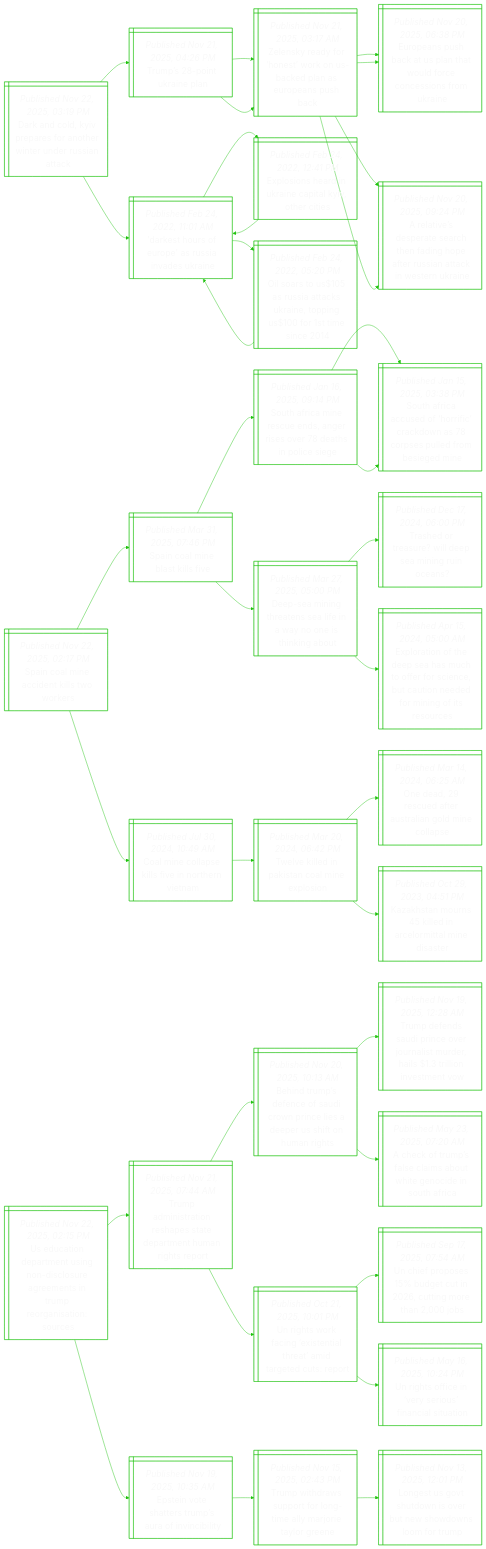
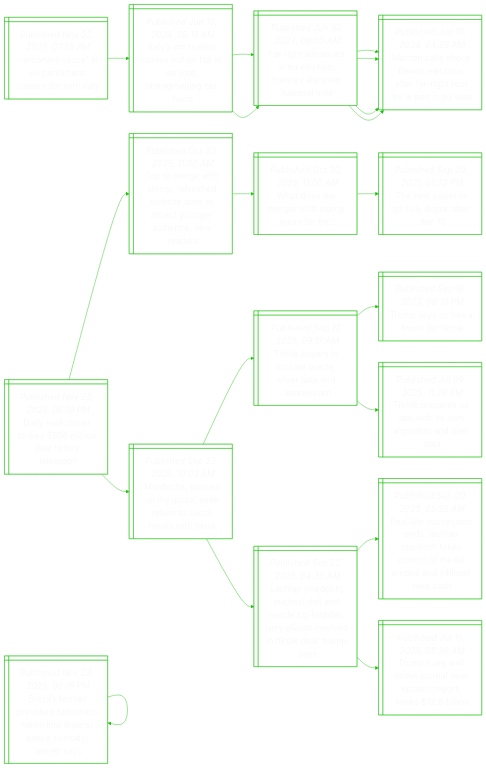
Before and after one commit to notJmes/notJmes: the diagram in README.md, drawn with Mermaid. The commit also changed other lines of this file, not shown here.

````diff
--- a/README.md
+++ b/README.md
@@ -16,115 +16,76 @@
 flowchart LR
 classDef txtsize font-size:20px;
 
-Dndprrhnnunc@{ shape: win-pane, label: "_Published Nov 22, 2025, 03:19 PM_
-Dark and cold, kyiv prepares for another winter under russian attack" }
-Tstia@{ shape: win-pane, label: "_Published Nov 21, 2025, 04:26 PM_
-Trump’s 28-point ukraine plan" }
-Zsarskbdaosb@{ shape: win-pane, label: "_Published Nov 21, 2025, 03:17 AM_
-Zelensky ready for ‘honest’ work on us-backed plan as europeans push back" }
-EeucStooosfke@{ shape: win-pane, label: "_Published Nov 20, 2025, 06:38 PM_
-Europeans push back at us plan that would force concessions from ukraine" }
-Atdretahfunceni@{ shape: win-pane, label: "_Published Nov 20, 2025, 09:24 PM_
-A relative’s desperate search then fading hope after russian attack in western ukraine" }
-Zsarskbdaosb@{ shape: win-pane, label: "_Published Nov 21, 2025, 03:17 AM_
-Zelensky ready for ‘honest’ work on us-backed plan as europeans push back" }
-EeucStooosfke@{ shape: win-pane, label: "_Published Nov 20, 2025, 06:38 PM_
-Europeans push back at us plan that would force concessions from ukraine" }
-Atdretahfunceni@{ shape: win-pane, label: "_Published Nov 20, 2025, 09:24 PM_
-A relative’s desperate search then fading hope after russian attack in western ukraine" }
-DsruasvUn@{ shape: win-pane, label: "_Published Feb 24, 2022, 11:01 AM_
-'darkest hours of europe' as russia invades ukraine" }
-Eshiaalocs@{ shape: win-pane, label: "_Published Feb 24, 2022, 12:41 PM_
-Explosions heard in ukraine capital kyiv, other cities" }
-DsruasvUn@{ shape: win-pane, label: "_Published Feb 24, 2022, 11:01 AM_
-'darkest hours of europe' as russia invades ukraine" }
-OaUuakaogrmc@{ shape: win-pane, label: "_Published Feb 24, 2022, 05:20 PM_
-Oil soars to us$105 as russia attacks ukraine, topping us$100 for 1st time since 2014" }
-DsruasvUn@{ shape: win-pane, label: "_Published Feb 24, 2022, 11:01 AM_
-'darkest hours of europe' as russia invades ukraine" }
+Cnatreuttl@{ shape: win-pane, label: "_Published Nov 22, 2025, 07:55 PM_
+‘carbonara sauce’ at eu parliament causes stir with italy" }
+IslouoUsgir@{ shape: win-pane, label: "_Published Jun 10, 2024, 05:18 AM_
+Italy’s pm meloni comes out on top in eu vote, strengthening her hand" }
+Fgvseiaantl@{ shape: win-pane, label: "_Published Jun 10, 2024, 08:00 AM_
+Far right advances in eu election, france calls snap national vote" }
+MnskccsrioLio@{ shape: win-pane, label: "_Published Jun 10, 2024, 04:23 AM_
+Macron calls shock french elections after far-right rout by le pen in eu vote" }
+MnskccsrioLio@{ shape: win-pane, label: "_Published Jun 10, 2024, 04:23 AM_
+Macron calls shock french elections after far-right rout by le pen in eu vote" }
+Fgvseiaantl@{ shape: win-pane, label: "_Published Jun 10, 2024, 08:00 AM_
+Far right advances in eu election, france calls snap national vote" }
+MnskccsrioLio@{ shape: win-pane, label: "_Published Jun 10, 2024, 04:23 AM_
+Macron calls shock french elections after far-right rout by le pen in eu vote" }
+MnskccsrioLio@{ shape: win-pane, label: "_Published Jun 10, 2024, 04:23 AM_
+Macron calls shock french elections after far-right rout by le pen in eu vote" }
 
-Dndprrhnnunc:::txtsize --> Tstia:::txtsize
-Tstia:::txtsize --> Zsarskbdaosb:::txtsize
-Zsarskbdaosb:::txtsize --> EeucStooosfke:::txtsize
-Zsarskbdaosb:::txtsize --> Atdretahfunceni:::txtsize
-Tstia:::txtsize --> Zsarskbdaosb:::txtsize
-Zsarskbdaosb:::txtsize --> EeucStooosfke:::txtsize
-Zsarskbdaosb:::txtsize --> Atdretahfunceni:::txtsize
-Dndprrhnnunc:::txtsize --> DsruasvUn:::txtsize
-DsruasvUn:::txtsize --> Eshiaalocs:::txtsize
-Eshiaalocs:::txtsize --> DsruasvUn:::txtsize
-DsruasvUn:::txtsize --> OaUuakaogrmc:::txtsize
-OaUuakaogrmc:::txtsize --> DsruasvUn:::txtsize
+Cnatreuttl:::txtsize --> IslouoUsgir:::txtsize
+IslouoUsgir:::txtsize --> Fgvseiaantl:::txtsize
+Fgvseiaantl:::txtsize --> MnskccsrioLio:::txtsize
+Fgvseiaantl:::txtsize --> MnskccsrioLio:::txtsize
+IslouoUsgir:::txtsize --> Fgvseiaantl:::txtsize
+Fgvseiaantl:::txtsize --> MnskccsrioLio:::txtsize
+Fgvseiaantl:::txtsize --> MnskccsrioLio:::txtsize
 
-Scictsos@{ shape: win-pane, label: "_Published Nov 22, 2025, 02:17 PM_
-Spain coal mine accident kills two workers" }
-Scialv@{ shape: win-pane, label: "_Published Mar 31, 2025, 07:46 PM_
-Spain coal mine blast kills five" }
-SAarearoeiie@{ shape: win-pane, label: "_Published Jan 16, 2025, 09:14 PM_
-South africa mine rescue ends, anger rises over 78 deaths in police siege" }
-SAashfawosemei@{ shape: win-pane, label: "_Published Jan 15, 2025, 03:38 PM_
-South africa accused of ‘horrific’ crackdown as 78 corpses pulled from besieged mine" }
-SAashfawosemei@{ shape: win-pane, label: "_Published Jan 15, 2025, 03:38 PM_
-South africa accused of ‘horrific’ crackdown as 78 corpses pulled from besieged mine" }
-Deirnlnnina@{ shape: win-pane, label: "_Published Mar 27, 2025, 05:00 PM_
-Deep-sea mining threatens sea life in a way no one is thinking about" }
-Terrlsnue@{ shape: win-pane, label: "_Published Dec 17, 2024, 06:00 PM_
-Trashed or treasure? will deep sea mining ruin oceans?" }
-Ernesstesccodrntos@{ shape: win-pane, label: "_Published Apr 15, 2024, 05:00 AM_
-Exploration of the deep sea has much to offer for science, but caution needed for mining of its resources" }
-CilesitVa@{ shape: win-pane, label: "_Published Jul 30, 2024, 10:49 AM_
-Coal mine collapse kills five in northern vietnam" }
-Teeaales@{ shape: win-pane, label: "_Published Mar 20, 2024, 06:42 PM_
-Twelve killed in pakistan coal mine explosion" }
-Oacfulonl@{ shape: win-pane, label: "_Published Mar 14, 2024, 06:25 AM_
-One dead, 29 rescued after australian gold mine collapse" }
-Khmserraes@{ shape: win-pane, label: "_Published Oct 29, 2023, 04:51 PM_
-Kazakhstan mourns 45 killed in arcelormittal mine disaster" }
+DMwtsiaueh@{ shape: win-pane, label: "_Published Nov 22, 2025, 06:19 PM_
+Daily mail owner strikes $856 million deal to buy telegraph" }
+Tmwtehbaoauanwe@{ shape: win-pane, label: "_Published Oct 30, 2025, 11:00 AM_
+Tnp to merge with stomp; refreshed website aims to attract younger audience, new readers" }
+WoeehpfP@{ shape: win-pane, label: "_Published Oct 30, 2025, 11:00 AM_
+What does the merger with stomp mean for tnp?" }
+Twrfdae@{ shape: win-pane, label: "_Published Sep 20, 2021, 01:32 PM_
+The new paper to go fully digital after dec 10" }
+McrnaeuslaTk@{ shape: win-pane, label: "_Published Sep 23, 2025, 10:03 AM_
+Murdochs, burned on myspace, seek return to social media with tiktok" }
+TkrnelvkAe@{ shape: win-pane, label: "_Published Sep 17, 2025, 09:17 AM_
+Tiktok buyers to include oracle, silver lake and andreessen" }
+TsSbfk@{ shape: win-pane, label: "_Published Sep 16, 2025, 08:10 PM_
+Trump says us has a buyer for tiktok" }
+TkaSisltdd@{ shape: win-pane, label: "_Published Jul 09, 2025, 11:28 PM_
+Tiktok prepares us app with its own algorithm and user data" }
+LadilaaodrlivTkTs@{ shape: win-pane, label: "_Published Sep 22, 2025, 04:36 AM_
+Lachlan murdoch, michael dell and oracle co-founder larry ellison involved in tiktok deal, trump says" }
+Ricidhuhsrmeeige@{ shape: win-pane, label: "_Published Sep 09, 2025, 05:38 AM_
+Real-life succession ends: lachlan murdoch takes control of media empire and siblings take cash" }
+TsarolEioel@{ shape: win-pane, label: "_Published Jul 19, 2025, 05:39 AM_
+Trump sues wall street journal over epstein report, seeks $12.8 billion" }
 
-Scictsos:::txtsize --> Scialv:::txtsize
-Scialv:::txtsize --> SAarearoeiie:::txtsize
-SAarearoeiie:::txtsize --> SAashfawosemei:::txtsize
-SAarearoeiie:::txtsize --> SAashfawosemei:::txtsize
-Scialv:::txtsize --> Deirnlnnina:::txtsize
-Deirnlnnina:::txtsize --> Terrlsnue:::txtsize
-Deirnlnnina:::txtsize --> Ernesstesccodrntos:::txtsize
-Scictsos:::txtsize --> CilesitVa:::txtsize
-CilesitVa:::txtsize --> Teeaales:::txtsize
-Teeaales:::txtsize --> Oacfulonl:::txtsize
-Teeaales:::txtsize --> Khmserraes:::txtsize
+DMwtsiaueh:::txtsize --> Tmwtehbaoauanwe:::txtsize
+Tmwtehbaoauanwe:::txtsize --> WoeehpfP:::txtsize
+WoeehpfP:::txtsize --> Twrfdae:::txtsize
+DMwtsiaueh:::txtsize --> McrnaeuslaTk:::txtsize
+McrnaeuslaTk:::txtsize --> TkrnelvkAe:::txtsize
+TkrnelvkAe:::txtsize --> TsSbfk:::txtsize
+TkrnelvkAe:::txtsize --> TkaSisltdd:::txtsize
+McrnaeuslaTk:::txtsize --> LadilaaodrlivTkTs:::txtsize
+LadilaaodrlivTkTs:::txtsize --> Ricidhuhsrmeeige:::txtsize
+LadilaaodrlivTkTs:::txtsize --> TsarolEioel:::txtsize
 
-UcnrtgisgenpgaSe@{ shape: win-pane, label: "_Published Nov 22, 2025, 02:15 PM_
-Us education department using non-disclosure agreements in trump reorganisation: sources" }
-Taiteetanahp@{ shape: win-pane, label: "_Published Nov 21, 2025, 07:44 AM_
-Trump administration reshapes state department human rights report" }
-Bdpefincspsoah@{ shape: win-pane, label: "_Published Nov 20, 2025, 10:13 AM_
-Behind trump’s defence of saudi crown prince lies a deeper us shift on human rights" }
-Tdddnersdiinst@{ shape: win-pane, label: "_Published Nov 19, 2025, 12:28 AM_
-Trump defends saudi prince over journalist murder, hails $1.3 trillion investment vow" }
-AkualawgiSAa@{ shape: win-pane, label: "_Published May 23, 2025, 07:20 AM_
-A check of trump’s false claims about white genocide in south africa" }
-Uhriithaaesr@{ shape: win-pane, label: "_Published Oct 21, 2025, 10:01 PM_
-Un rights work facing ‘existential threat’ amid targeted cuts: report" }
-Uepbtnirn@{ shape: win-pane, label: "_Published Sep 17, 2025, 07:54 AM_
-Un chief proposes 15% budget cut in 2026, cutting more than 2,000 jobs" }
-Uhfnsuala@{ shape: win-pane, label: "_Published May 16, 2025, 10:24 PM_
-Un rights office in ‘very serious’ financial situation" }
-Eietrafnl@{ shape: win-pane, label: "_Published Nov 19, 2025, 10:35 AM_
-Epstein vote shatters trump’s aura of invincibility" }
-TwrutomyoaGe@{ shape: win-pane, label: "_Published Nov 15, 2025, 02:43 PM_
-Trump withdraws support for long-time ally marjorie taylor greene" }
-Lsounenonmr@{ shape: win-pane, label: "_Published Nov 13, 2025, 12:01 PM_
-Longest us govt shutdown is over but new showdowns loom for trump" }
+Blmensonfaislr@{ shape: win-pane, label: "_Published Nov 22, 2025, 06:19 PM_
+Brazil’s former president bolsonaro taken into federal police custody, lawyer says" }
+Blmensonfaislr@{ shape: win-pane, label: "_Published Nov 22, 2025, 06:19 PM_
+Brazil’s former president bolsonaro taken into federal police custody, lawyer says" }
+Blmensonfaislr@{ shape: win-pane, label: "_Published Nov 22, 2025, 06:19 PM_
+Brazil’s former president bolsonaro taken into federal police custody, lawyer says" }
+Blmensonfaislr@{ shape: win-pane, label: "_Published Nov 22, 2025, 06:19 PM_
+Brazil’s former president bolsonaro taken into federal police custody, lawyer says" }
 
-UcnrtgisgenpgaSe:::txtsize --> Taiteetanahp:::txtsize
-Taiteetanahp:::txtsize --> Bdpefincspsoah:::txtsize
-Bdpefincspsoah:::txtsize --> Tdddnersdiinst:::txtsize
-Bdpefincspsoah:::txtsize --> AkualawgiSAa:::txtsize
-Taiteetanahp:::txtsize --> Uhriithaaesr:::txtsize
-Uhriithaaesr:::txtsize --> Uepbtnirn:::txtsize
-Uhriithaaesr:::txtsize --> Uhfnsuala:::txtsize
-UcnrtgisgenpgaSe:::txtsize --> Eietrafnl:::txtsize
-Eietrafnl:::txtsize --> TwrutomyoaGe:::txtsize
-TwrutomyoaGe:::txtsize --> Lsounenonmr:::txtsize
+Blmensonfaislr:::txtsize --> Blmensonfaislr:::txtsize
+Blmensonfaislr:::txtsize --> Blmensonfaislr:::txtsize
+Blmensonfaislr:::txtsize --> Blmensonfaislr:::txtsize
 
 ```
````
